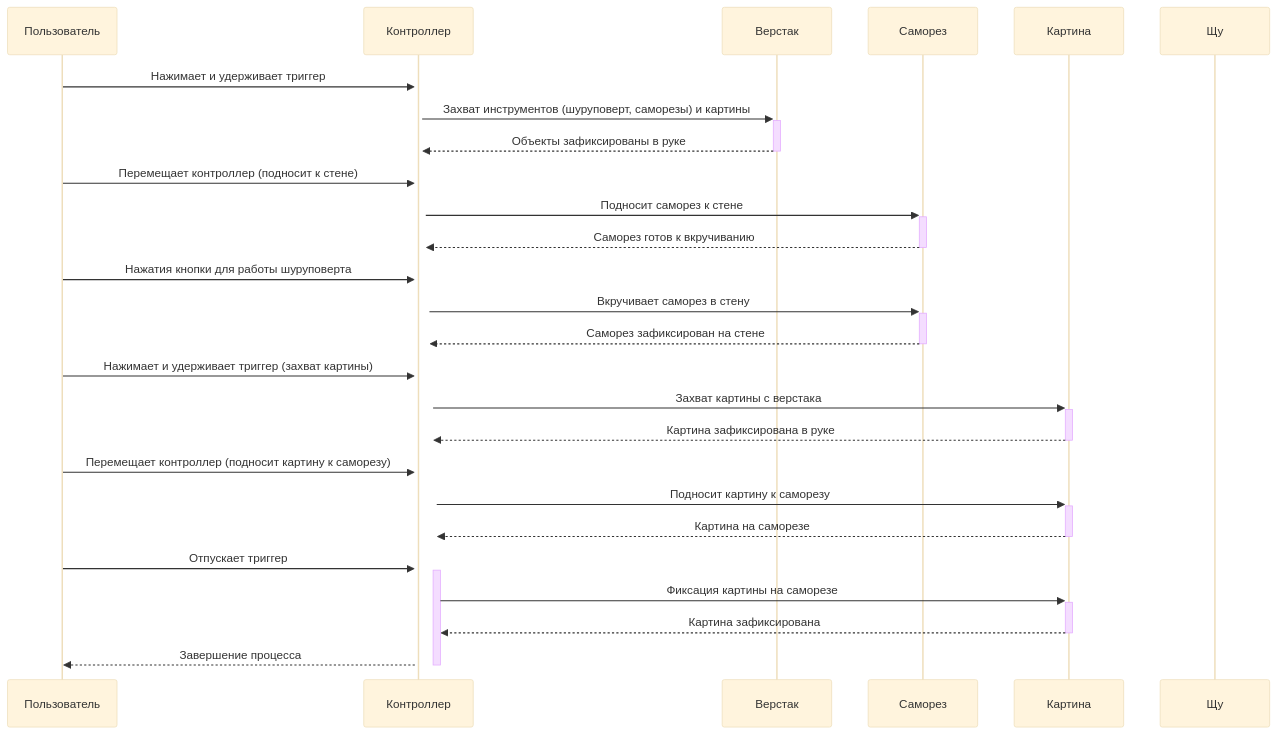
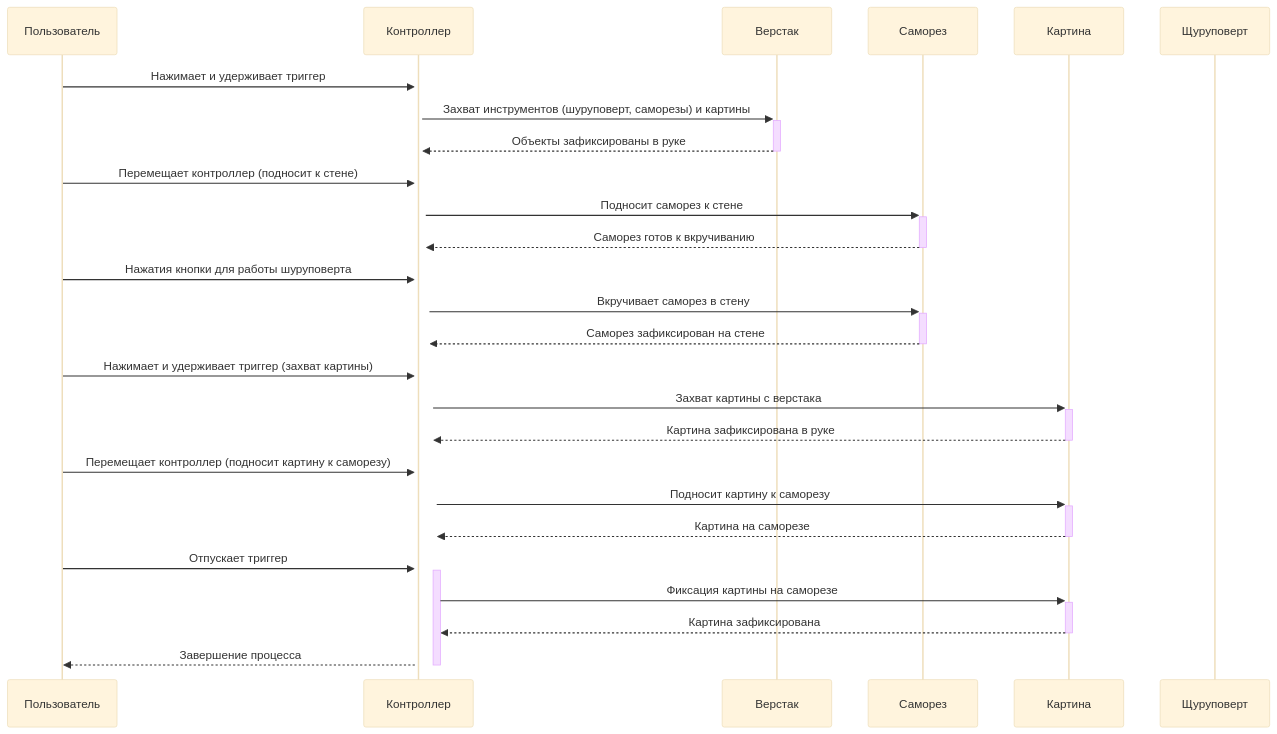
Before and after one commit to NerdyCep/iodraw-files: the diagram in all/не называться-1.md, drawn with Mermaid (base theme).

Commit message:
2025-02-25 18:25:35 update

````diff
--- a/all/не называться-1.md
+++ b/all/не называться-1.md
@@ -1,29 +1,29 @@
 ```mermaid
 sequenceDiagram
     participant Пользователь
     participant Контроллер
     participant Верстак
     participant Саморез
     participant Картина
-     participant Щу
+     participant Щуруповерт
 
     Пользователь->>+Контроллер: Нажимает и удерживает триггер
     Контроллер->>+Верстак: Захват инструментов (шуруповерт, саморезы) и картины
     Верстак-->>-Контроллер: Объекты зафиксированы в руке
     Пользователь->>+Контроллер: Перемещает контроллер (подносит к стене)
     Контроллер->>+Саморез: Подносит саморез к стене
     Саморез-->>-Контроллер: Саморез готов к вкручиванию
     Пользователь->>+Контроллер: Нажатия кнопки для работы шуруповерта
     Контроллер->>+Саморез: Вкручивает саморез в стену
     Саморез-->>-Контроллер: Саморез зафиксирован на стене
     Пользователь->>+Контроллер: Нажимает и удерживает триггер (захват картины)
     Контроллер->>+Картина: Захват картины с верстака
     Картина-->>-Контроллер: Картина зафиксирована в руке
     Пользователь->>+Контроллер: Перемещает контроллер (подносит картину к саморезу)
     Контроллер->>+Картина: Подносит картину к саморезу
     Картина-->>-Контроллер: Картина на саморезе
     Пользователь->>+Контроллер: Отпускает триггер
     Контроллер->>+Картина: Фиксация картины на саморезе
     Картина-->>-Контроллер: Картина зафиксирована
     Контроллер-->>-Пользователь: Завершение процесса
 ```
````
